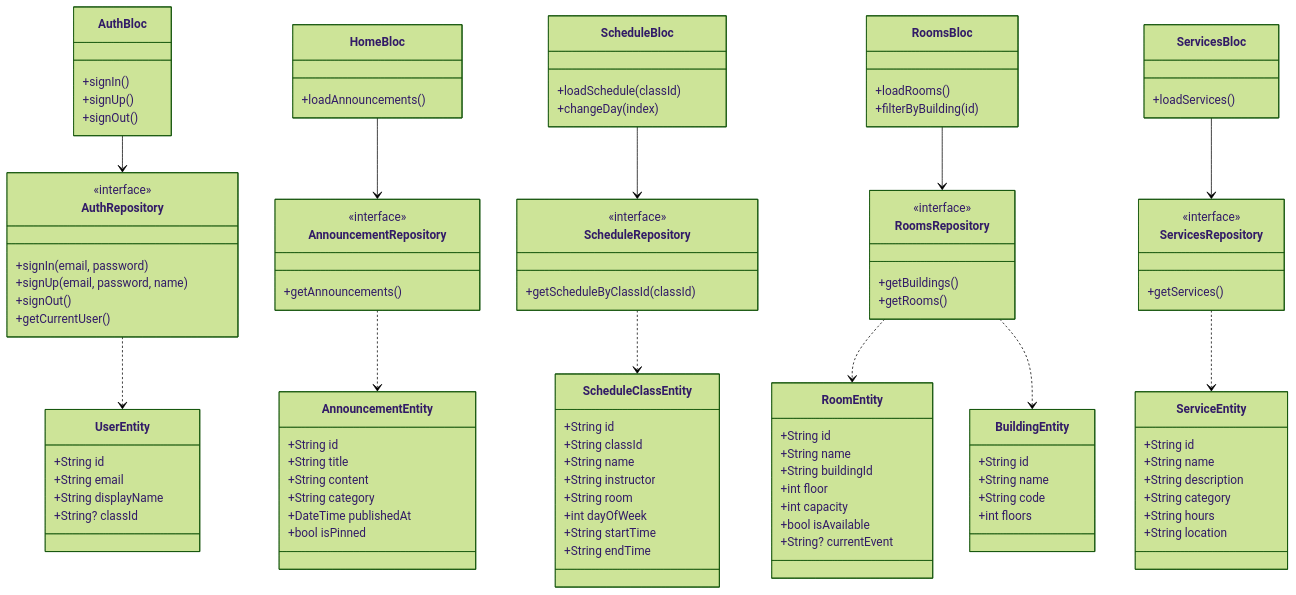
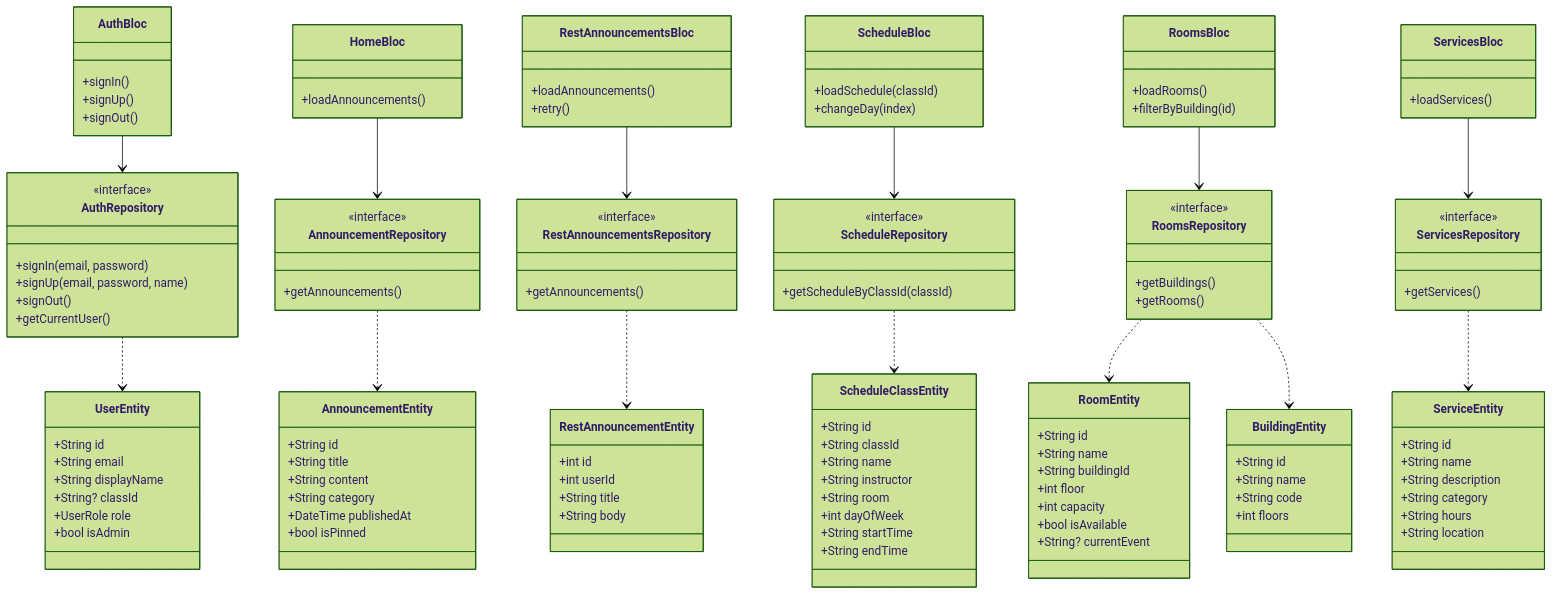
The diagram in README.md (DevITJAX/Smart-Campus-Companion), drawn with Mermaid (forest theme) before and after one commit. The commit also changed other lines of this file and 19 other files, not shown here.

Commit message:
feat: Add REST API integration and role-based navigation

```diff
--- a/README.md
+++ b/README.md
@@ -76,6 +94,8 @@
         +String email
         +String displayName
         +String? classId
+        +UserRole role
+        +bool isAdmin
     }
     
     class AnnouncementEntity {
@@ -85,6 +105,13 @@
         +String category
         +DateTime publishedAt
         +bool isPinned
+    }
+
+    class RestAnnouncementEntity {
+        +int id
+        +int userId
+        +String title
+        +String body
     }
     
     class ScheduleClassEntity {
@@ -134,6 +161,11 @@
     class HomeBloc {
         +loadAnnouncements()
     }
+
+    class RestAnnouncementsBloc {
+        +loadAnnouncements()
+        +retry()
+    }
     
     class ScheduleBloc {
         +loadSchedule(classId)
@@ -162,6 +194,11 @@
         <<interface>>
         +getAnnouncements()
     }
+
+    class RestAnnouncementsRepository {
+        <<interface>>
+        +getAnnouncements()
+    }
     
     class ScheduleRepository {
         <<interface>>
@@ -182,12 +219,14 @@
     %% Relationships
     AuthBloc --> AuthRepository
     HomeBloc --> AnnouncementRepository
+    RestAnnouncementsBloc --> RestAnnouncementsRepository
     ScheduleBloc --> ScheduleRepository
     RoomsBloc --> RoomsRepository
     ServicesBloc --> ServicesRepository
     
     AuthRepository ..> UserEntity
     AnnouncementRepository ..> AnnouncementEntity
+    RestAnnouncementsRepository ..> RestAnnouncementEntity
     ScheduleRepository ..> ScheduleClassEntity
     RoomsRepository ..> RoomEntity
     RoomsRepository ..> BuildingEntity
```
